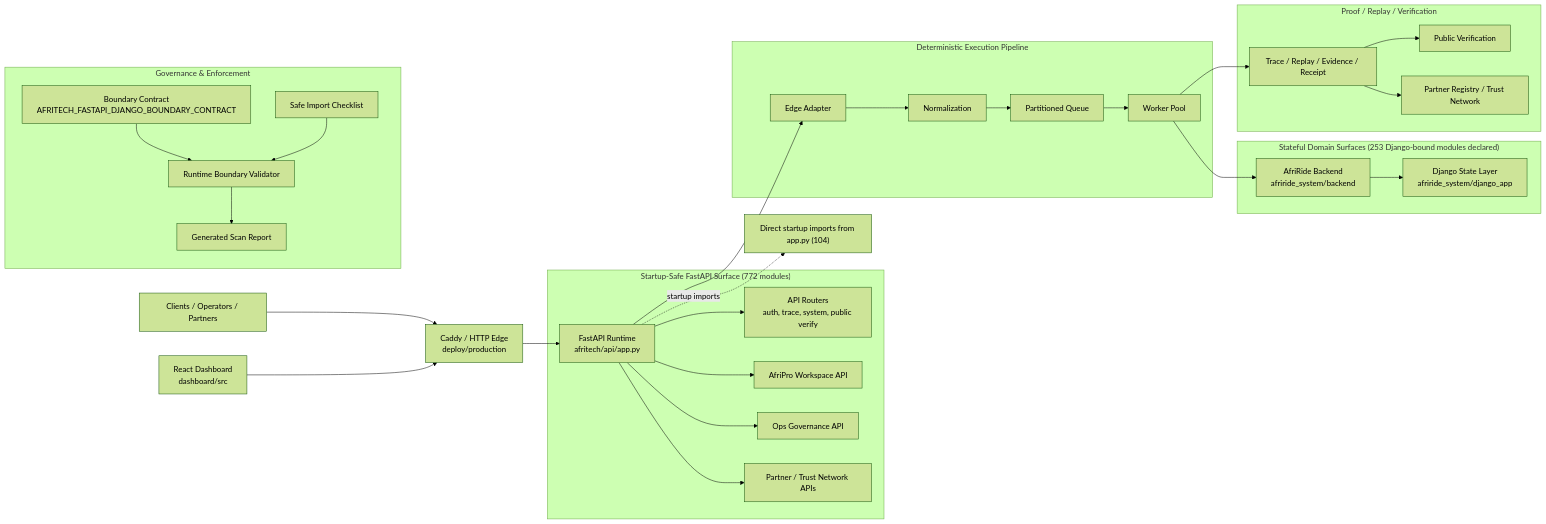
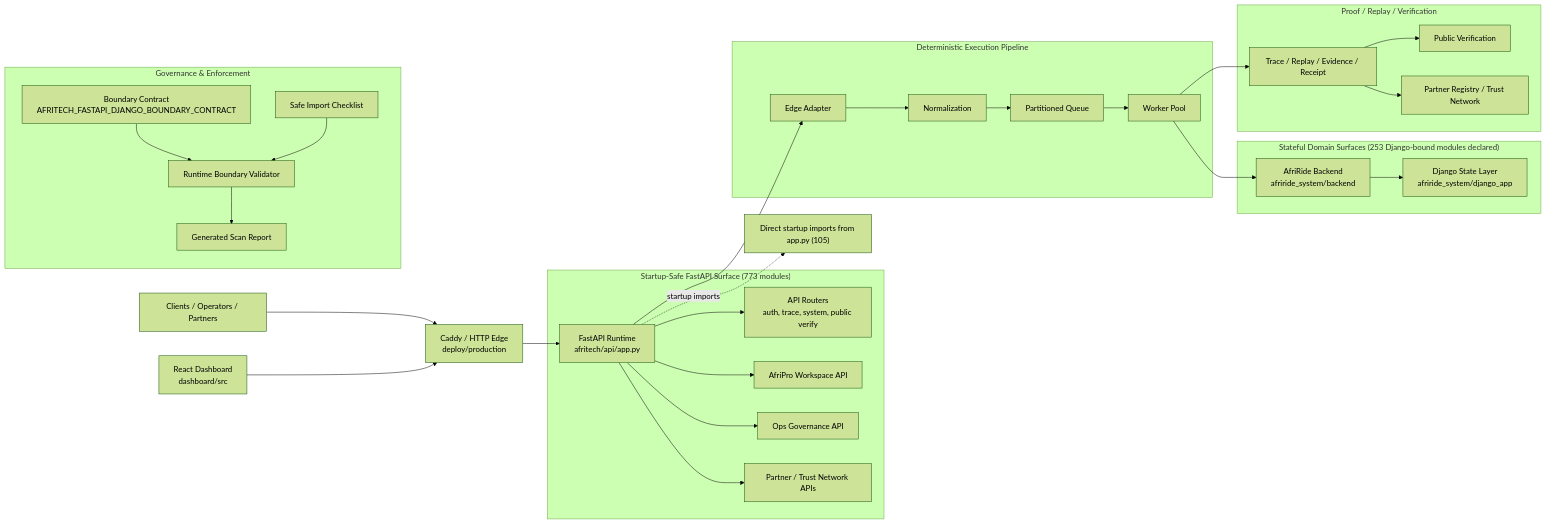
Before and after one commit to Strelly2023/afritelematics: the first of 2 diagrams in docs/architecture/AFRITECH_FULL_ARCHITECTURE_GRAPH.md, drawn with Mermaid (forest theme). The commit also changed other lines of this file and 17 other files, not shown here.

````diff
--- a/docs/architecture/AFRITECH_FULL_ARCHITECTURE_GRAPH.md
+++ b/docs/architecture/AFRITECH_FULL_ARCHITECTURE_GRAPH.md
@@ -22,39 +22,39 @@
 ```mermaid
 flowchart LR
     Client["Clients / Operators / Partners"] --> Edge["Caddy / HTTP Edge\ndeploy/production"]
     Dashboard["React Dashboard\ndashboard/src"] --> Edge
     Edge --> App["FastAPI Runtime\nafritech/api/app.py"]
 
-    subgraph FastAPI["Startup-Safe FastAPI Surface (772 modules)"]
+    subgraph FastAPI["Startup-Safe FastAPI Surface (773 modules)"]
         App --> Api["API Routers\nauth, trace, system, public verify"]
         App --> Workspace["AfriPro Workspace API"]
         App --> Governance["Ops Governance API"]
         App --> Trust["Partner / Trust Network APIs"]
     end
 
     subgraph Pipeline["Deterministic Execution Pipeline"]
         App --> Adapt["Edge Adapter"]
         Adapt --> Normalize["Normalization"]
         Normalize --> Queue["Partitioned Queue"]
         Queue --> Worker["Worker Pool"]
     end
 
     subgraph State["Stateful Domain Surfaces (253 Django-bound modules declared)"]
         Worker --> Domain["AfriRide Backend\nafriride_system/backend"]
         Domain --> Django["Django State Layer\nafriride_system/django_app"]
     end
 
     subgraph Proof["Proof / Replay / Verification"]
         Worker --> Trace["Trace / Replay / Evidence / Receipt"]
         Trace --> Public["Public Verification"]
         Trace --> Registry["Partner Registry / Trust Network"]
     end
 
     subgraph GovernancePlane["Governance & Enforcement"]
         Contract["Boundary Contract\nAFRITECH_FASTAPI_DJANGO_BOUNDARY_CONTRACT"] --> Validator["Runtime Boundary Validator"]
         Checklist["Safe Import Checklist"] --> Validator
         Validator --> Review["Generated Scan Report"]
     end
 
-    App -. startup imports .-> Imports["Direct startup imports from app.py (104)"]
+    App -. startup imports .-> Imports["Direct startup imports from app.py (105)"]
 ```
````
